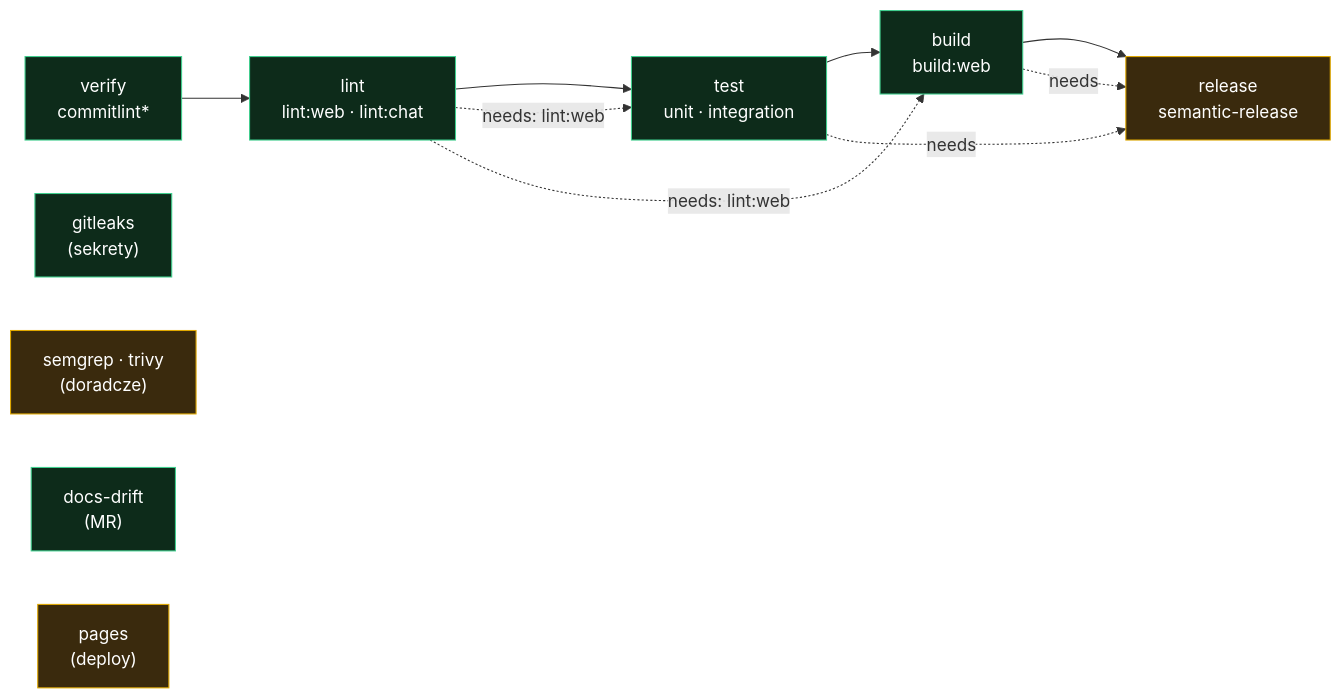
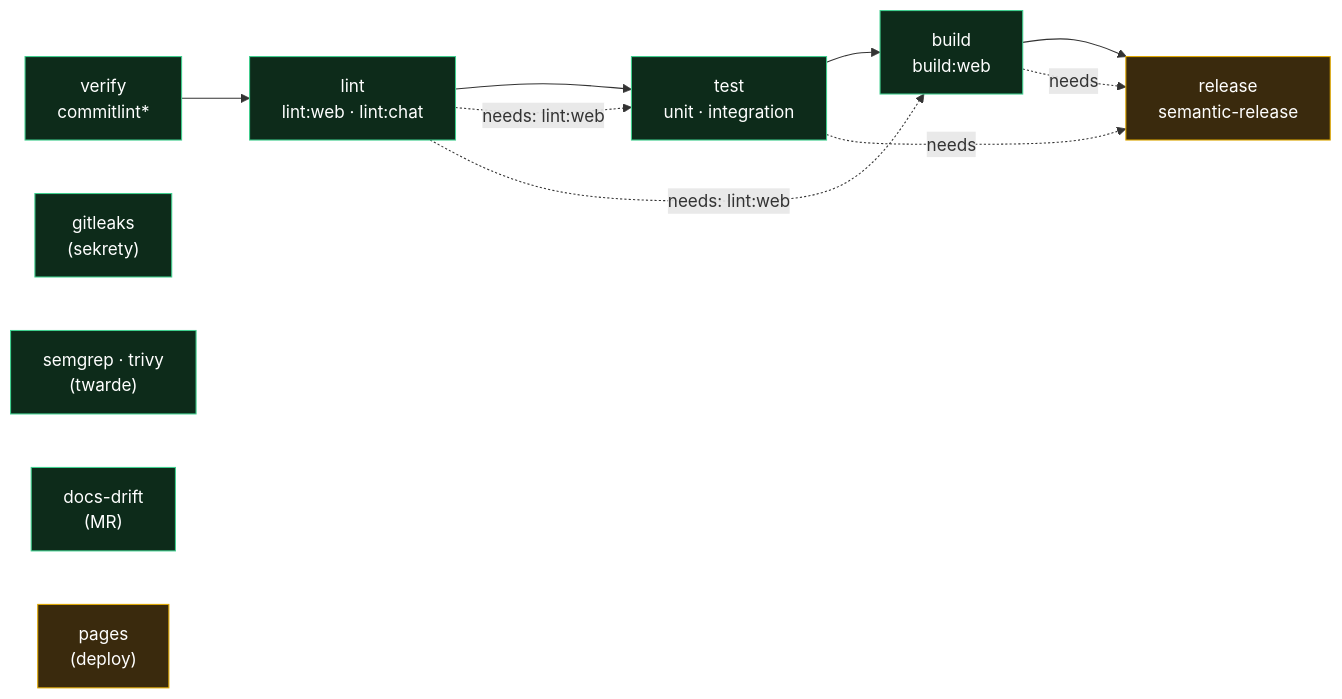
One commit to Gh0s777tt/ghost-empire changed the diagram in docs/MAINTENANCE.md. Above: the diagram before and after it, drawn with Mermaid. The commit also changed other lines of this file and 7 other files, not shown here.

````diff
--- a/docs/MAINTENANCE.md
+++ b/docs/MAINTENANCE.md
@@ -48,19 +48,19 @@
 ```mermaid
 flowchart LR
   V["verify<br/>commitlint*"] --> L["lint<br/>lint:web · lint:chat"]
   L --> T["test<br/>unit · integration"]
   T --> B["build<br/>build:web"]
   B --> R["release<br/>semantic-release"]
   SG["gitleaks<br/>(sekrety)"]
-  SS["semgrep · trivy<br/>(doradcze)"]
+  SS["semgrep · trivy<br/>(twarde)"]
   DD["docs-drift<br/>(MR)"]
   DP["pages<br/>(deploy)"]
   L -.->|needs: lint:web| T
   L -.->|needs: lint:web| B
   T -.->|needs| R
   B -.->|needs| R
   classDef hard fill:#0d2b1a,stroke:#3fcf8e,color:#fff;
   classDef soft fill:#3a2a0d,stroke:#e0a800,color:#fff;
-  class V,L,T,B,SG,DD hard;
-  class R,SS,DP soft;
+  class V,L,T,B,SG,SS,DD hard;
+  class R,DP soft;
 ```
````
